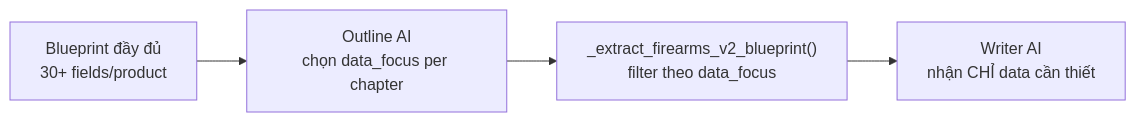
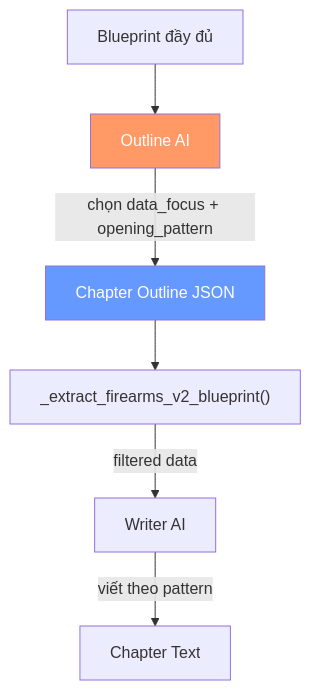
Before and after one commit to dangduynghia92-ops/Antigravity-Sync-chat: the diagram in brain/d7747c69-368c-4653-9f85-2e57acdcbf3a/outline_to_content_report.md, drawn with Mermaid. The commit also changed other lines of this file and 3 other files, not shown here.

````diff
--- a/brain/d7747c69-368c-4653-9f85-2e57acdcbf3a/outline_to_content_report.md
+++ b/brain/d7747c69-368c-4653-9f85-2e57acdcbf3a/outline_to_content_report.md
@@ -13,6 +137,11 @@
 ```mermaid
-graph LR
-    A[Blueprint đầy đủ<br/>30+ fields/product] --> B[Outline AI<br/>chọn data_focus per chapter]
-    B --> C["_extract_firearms_v2_blueprint()<br/>filter theo data_focus"]
-    C --> D[Writer AI<br/>nhận CHỈ data cần thiết]
+graph TD
+    A[Blueprint đầy đủ] --> B[Outline AI]
+    B --> |"chọn data_focus + opening_pattern"| C[Chapter Outline JSON]
+    C --> D["_extract_firearms_v2_blueprint()"]
+    D --> |"filtered data"| E[Writer AI]
+    E --> |"viết theo pattern"| F[Chapter Text]
+    
+    style B fill:#f96,color:#fff
+    style C fill:#69f,color:#fff
 ```
````
